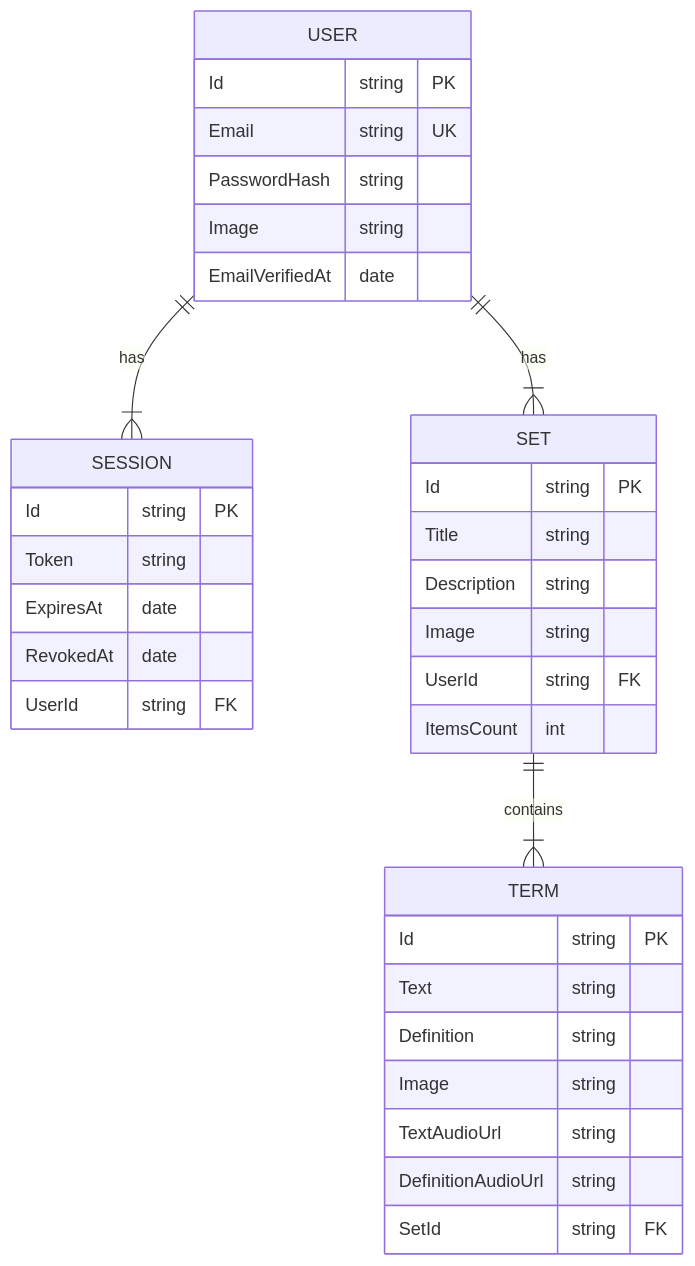
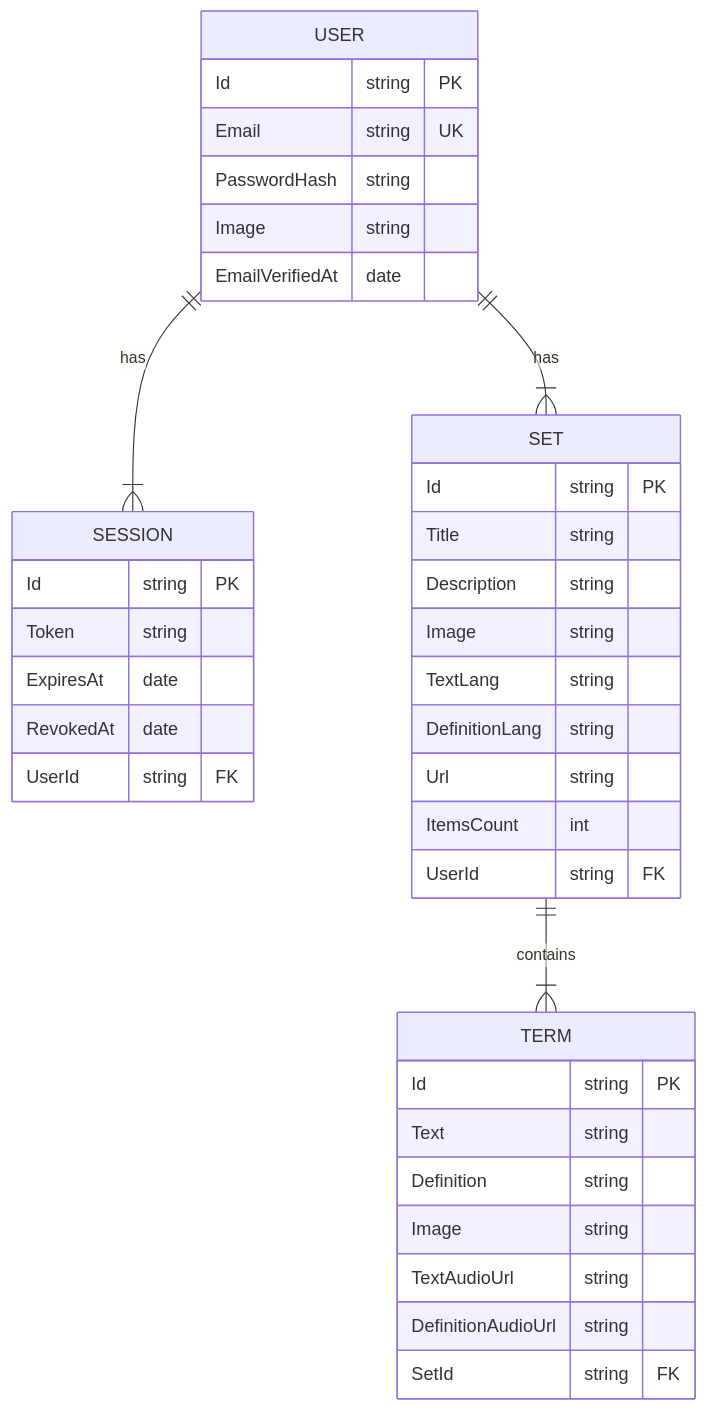
The diagram in README.md (aleksandr-makarov-dev/Vocabify), drawn with Mermaid before and after one commit.

Commit message:
diagram update

````diff
--- a/README.md
+++ b/README.md
@@ -5,41 +5,44 @@
 ```mermaid
 erDiagram
   USER {
     Id string PK
     Email string UK
     PasswordHash string
     Image string
     EmailVerifiedAt date
   }
 
   SESSION {
     Id string PK
     Token string
     ExpiresAt date
     RevokedAt date
     UserId string FK
   }
 
   SET {
     Id string PK
     Title string
     Description string
     Image string
+    TextLang string
+    DefinitionLang string
+    Url string
+    ItemsCount int
     UserId string FK
-    ItemsCount int
   }
 
   TERM {
     Id string PK
     Text string
     Definition string
     Image string
     TextAudioUrl string
     DefinitionAudioUrl string
     SetId string FK
   }
 
   USER ||--|{ SET : has
   USER ||--|{ SESSION : has
   SET ||--|{ TERM : contains
 ```
````
